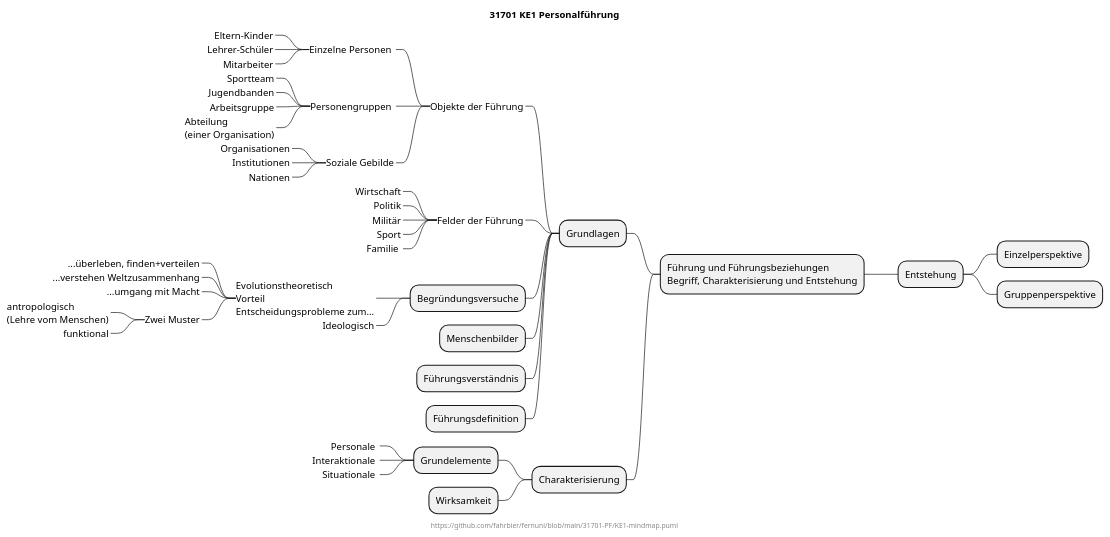
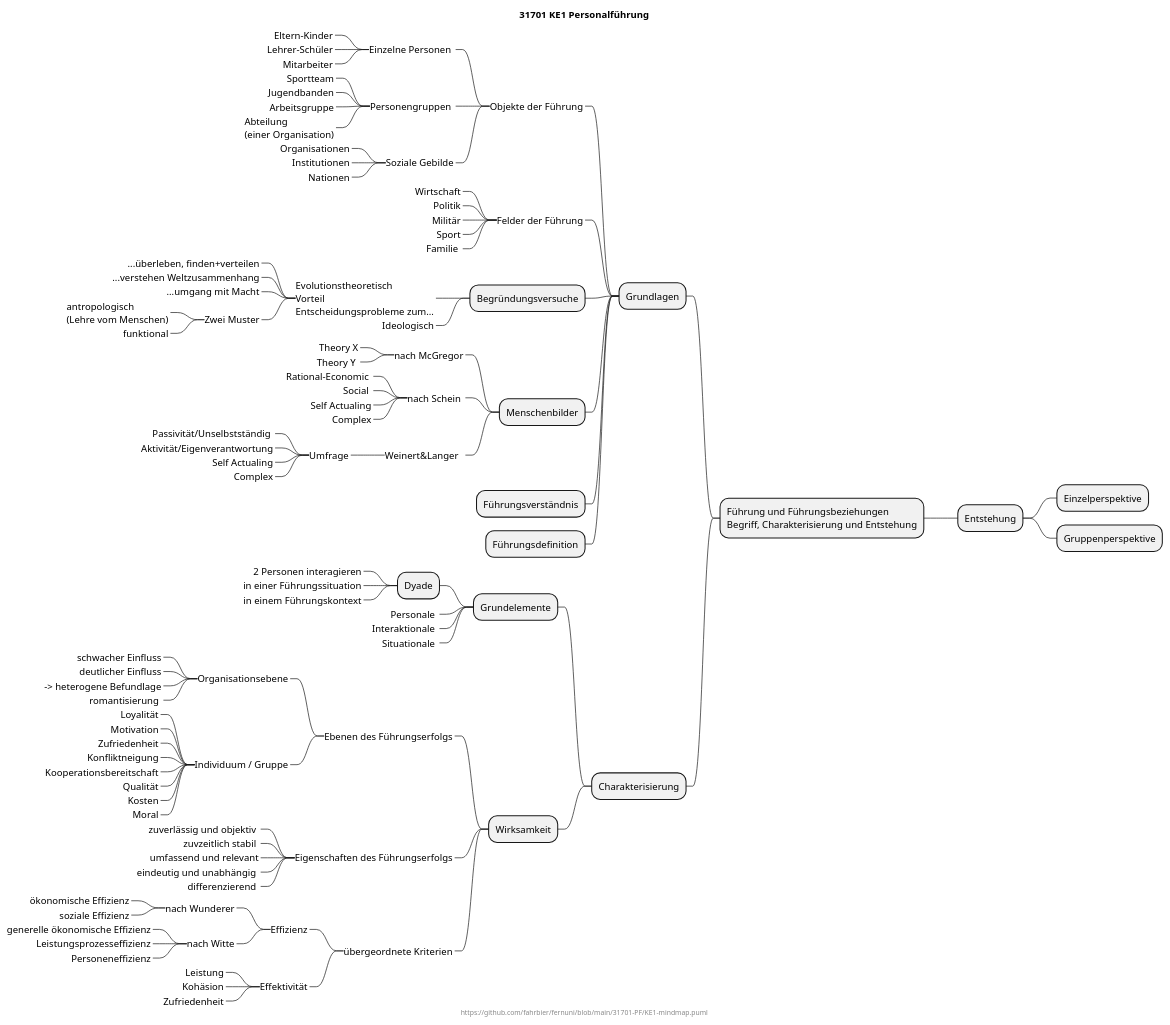
Before and after one commit to fahrbier/fernuni: the diagram in 31701-PF/KE1-mindmap.puml, drawn with PlantUML.

```diff
--- a/31701-PF/KE1-mindmap.puml
+++ b/31701-PF/KE1-mindmap.puml
@@ -1,60 +1,125 @@
-@startmindmap
+@startmindmap 31701KE1
 title 31701 KE1 Personalführung
 center footer https://github.com/fahrbier/fernuni/blob/main/31701-PF/KE1-mindmap.puml
 
 + Führung und Führungsbeziehungen\nBegriff, Charakterisierung und Entstehung
 -- Grundlagen
 ---_ Objekte der Führung
 ----_ Einzelne Personen 
 -----_ Eltern-Kinder
 -----_ Lehrer-Schüler
 -----_ Mitarbeiter
 
 ----_ Personengruppen 
 -----_ Sportteam
 -----_ Jugendbanden
 -----_ Arbeitsgruppe
 -----_ Abteilung\n(einer Organisation)
 
 ----_ Soziale Gebilde
 -----_ Organisationen
 -----_ Institutionen
 -----_ Nationen
 
 ---_ Felder der Führung
 ----_ Wirtschaft
 ----_ Politik
 ----_ Militär
 ----_ Sport
 ----_ Familie 
 
 --- Begründungsversuche
 ----_ Evolutionstheoretisch\nVorteil\nEntscheidungsprobleme zum...
 -----_ ...überleben, finden+verteilen
 -----_ ...verstehen Weltzusammenhang
 -----_ ...umgang mit Macht
 -----_ Zwei Muster
 ------_ antropologisch\n(Lehre vom Menschen)
 ------_ funktional
 
 
 
 
 ----_ Ideologisch
 
 --- Menschenbilder
+----_ nach McGregor
+-----_ Theory X
+-----_ Theory Y 
+
+----_ nach Schein 
+-----_ Rational-Economic 
+-----_ Social 
+-----_ Self Actualing
+-----_ Complex
+
+----_ Weinert&Langer  
+-----_ Umfrage
+------_ Passivität/Unselbstständig 
+------_ Aktivität/Eigenverantwortung
+------_ Self Actualing
+------_ Complex
+
+
 --- Führungsverständnis
 --- Führungsdefinition
 
 -- Charakterisierung
 --- Grundelemente
+---- Dyade
+-----_ 2 Personen interagieren
+-----_ in einer Führungssituation
+-----_ in einem Führungskontext
 ----_ Personale 
 ----_ Interaktionale 
 ----_ Situationale 
+
 --- Wirksamkeit
+----_ Ebenen des Führungserfolgs
+-----_ Organisationsebene
+------_ schwacher Einfluss
+------_ deutlicher Einfluss
+------_ -> heterogene Befundlage
+------_ romantisierung 
+
+-----_ Individuum / Gruppe
+------_ Loyalität
+------_ Motivation
+------_ Zufriedenheit
+------_ Konfliktneigung
+------_ Kooperationsbereitschaft
+------_ Qualität
+------_ Kosten
+------_ Moral
+
+----_ Eigenschaften des Führungserfolgs
+-----_ zuverlässig und objektiv 
+-----_ zuvzeitlich stabil 
+-----_ umfassend und relevant
+-----_ eindeutig und unabhängig 
+-----_ differenzierend 
+
+----_ übergeordnete Kriterien
+-----_ Effizienz
+------_ nach Wunderer
+-------_ ökonomische Effizienz
+-------_ soziale Effizienz
+
+------_ nach Witte
+-------_ generelle ökonomische Effizienz
+-------_ Leistungsprozesseffizienz
+-------_ Personeneffizienz
+
+
+-----_ Effektivität
+------_ Leistung
+------_ Kohäsion
+------_ Zufriedenheit
+
+
 
 ++ Entstehung
 +++ Einzelperspektive
 +++ Gruppenperspektive
 
 @endmindmap
```
